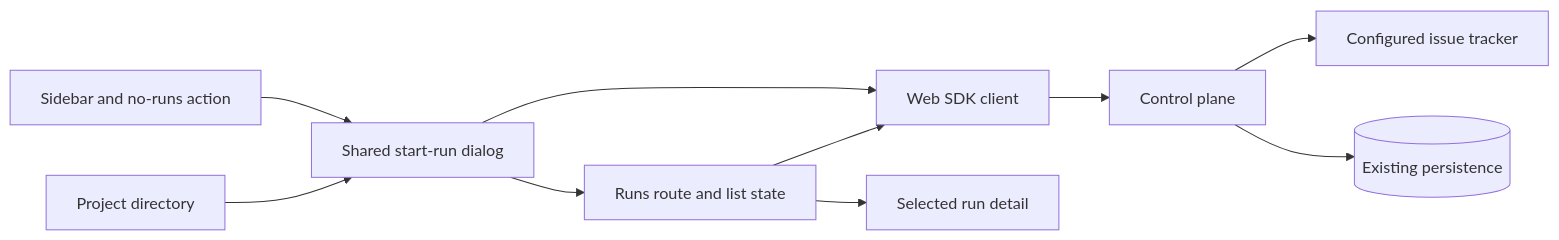
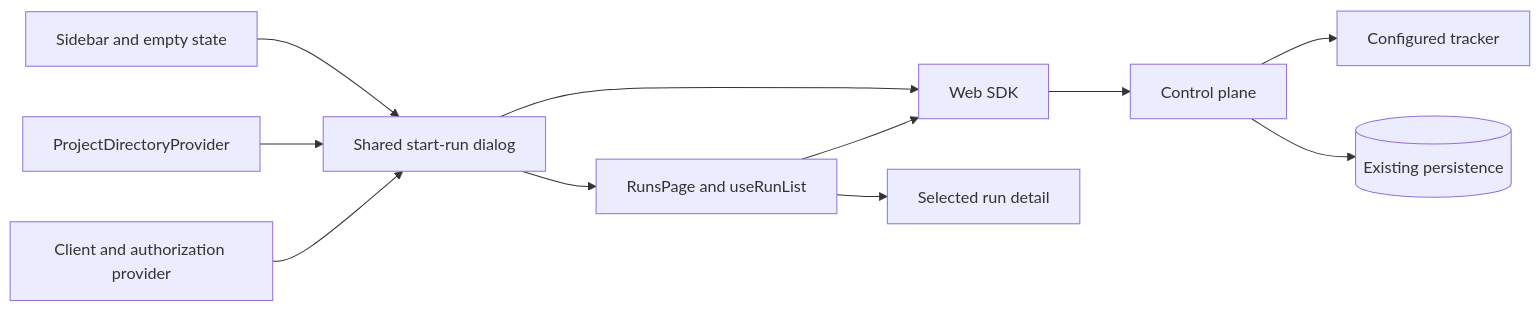
The second of 3 diagrams in context-human/specs/feature-start-a-run-from-an-issue.md (markdstafford/autocatalyst), drawn with Mermaid before and after one commit. The commit also changed other lines of this file, not shown here.

Commit message:
docs: revise feature spec start-a-run-from-an-issue

````diff
--- a/context-human/specs/feature-start-a-run-from-an-issue.md
+++ b/context-human/specs/feature-start-a-run-from-an-issue.md
@@ -125,12 +129,13 @@
 ```mermaid
 flowchart LR
-    A[Sidebar and no-runs action] --> B[Shared start-run dialog]
-    P[Project directory] --> B
-    B --> S[Web SDK client]
+    A[Sidebar and empty state] --> D[Shared start-run dialog]
+    P[ProjectDirectoryProvider] --> D
+    B[Client and authorization provider] --> D
+    D --> S[Web SDK]
     S --> C[Control plane]
-    C --> T[Configured issue tracker]
-    C --> D[(Existing persistence)]
-    B --> R[Runs route and list state]
+    C --> T[Configured tracker]
+    C --> DB[(Existing persistence)]
+    D --> R[RunsPage and useRunList]
     R --> S
     R --> E[Selected run detail]
 ```
````
